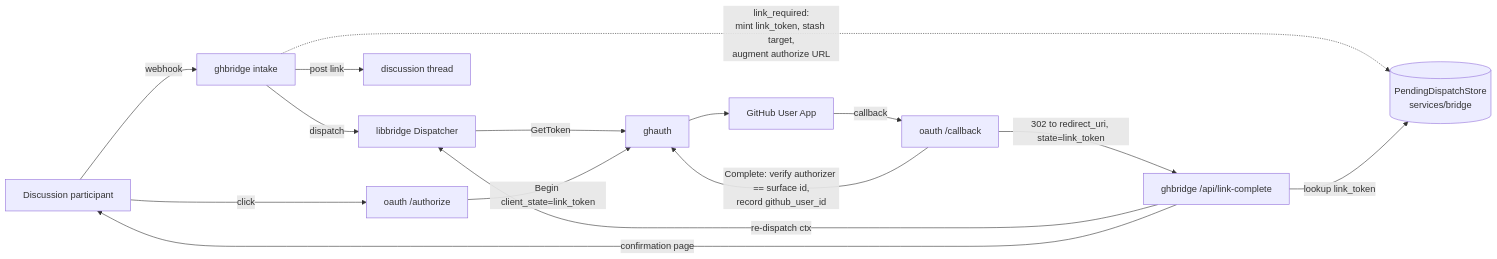
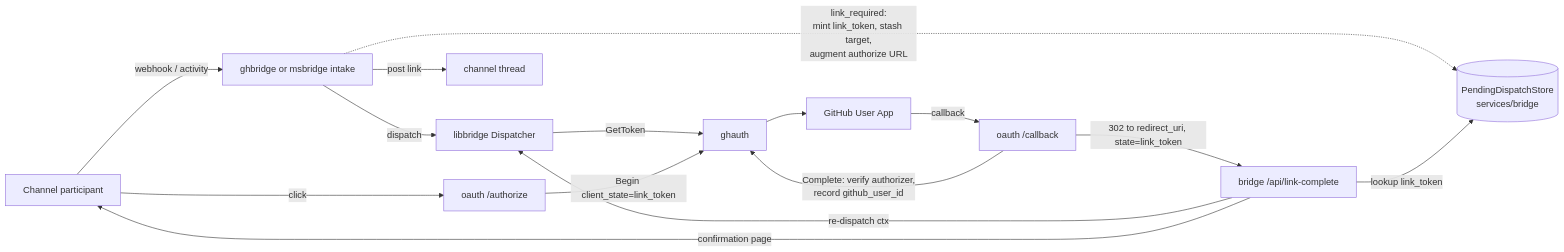
One commit to forwardimpact/monorepo changed the diagram in specs/1380-ghbridge-link-binding-integrity-resume/design-a.md. Above: the diagram before and after it, drawn with Mermaid. The commit also changed other lines of this file and 2 other files, not shown here.

First line of the commit message:
plan(1380): add msbridge parity to spec, design, and plan

````diff
--- a/specs/1380-ghbridge-link-binding-integrity-resume/design-a.md
+++ b/specs/1380-ghbridge-link-binding-integrity-resume/design-a.md
@@ -14,17 +18,17 @@
 ```mermaid
 graph LR
-  U[Discussion participant] -->|webhook| GB[ghbridge intake]
-  GB -->|dispatch| DSP[libbridge Dispatcher]
+  U[Channel participant] -->|webhook / activity| BR[ghbridge or msbridge intake]
+  BR -->|dispatch| DSP[libbridge Dispatcher]
   DSP -->|GetToken| GH[ghauth]
-  GB -.->|link_required:<br/>mint link_token, stash target,<br/>augment authorize URL| PD[(PendingDispatchStore<br/>services/bridge)]
-  GB -->|post link| TH[discussion thread]
+  BR -.->|link_required:<br/>mint link_token, stash target,<br/>augment authorize URL| PD[(PendingDispatchStore<br/>services/bridge)]
+  BR -->|post link| TH[channel thread]
   U -->|click| OA[oauth /authorize]
   OA -->|Begin client_state=link_token| GH
   GH --> GHUB[GitHub User App]
   GHUB -->|callback| OC[oauth /callback]
-  OC -->|Complete: verify authorizer == surface id,<br/>record github_user_id| GH
-  OC -->|302 to redirect_uri, state=link_token| LC[ghbridge /api/link-complete]
+  OC -->|Complete: verify authorizer,<br/>record github_user_id| GH
+  OC -->|302 to redirect_uri, state=link_token| LC[bridge /api/link-complete]
   LC -->|lookup link_token| PD
   LC -->|re-dispatch ctx| DSP
   LC -->|confirmation page| U
 ```
````
